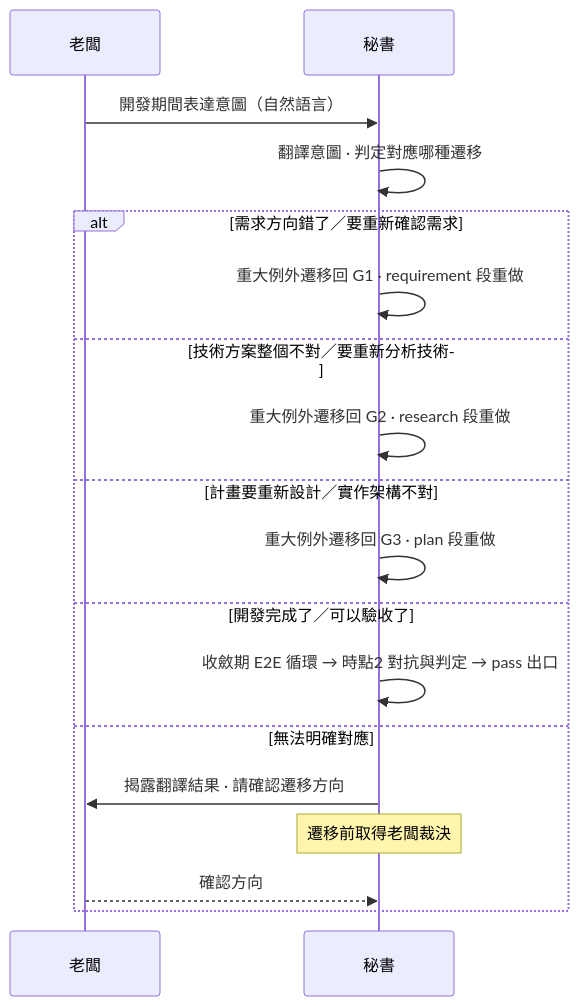
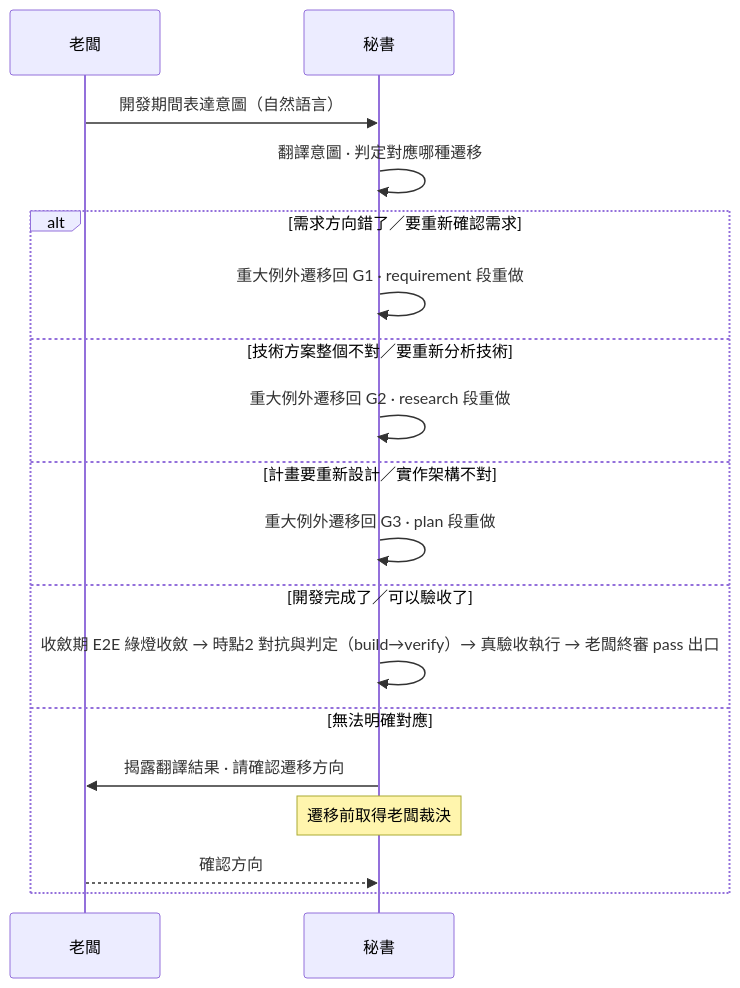
The second of 2 diagrams in skills/shiftblame/references/MECHANISMS.md (teps3105/shiftblame), drawn with Mermaid before and after one commit. The commit also changed other lines of this file and 28 other files, not shown here.

````diff
--- a/skills/shiftblame/references/MECHANISMS.md
+++ b/skills/shiftblame/references/MECHANISMS.md
@@ -50,22 +50,22 @@
 ```mermaid
 sequenceDiagram
      participant B as 老闆
      participant SEC as 秘書
 
      B->>SEC: 開發期間表達意圖（自然語言）
      SEC->>SEC: 翻譯意圖 · 判定對應哪種遷移
 
      alt 需求方向錯了／要重新確認需求
          SEC->>SEC: 重大例外遷移回 G1 · requirement 段重做
      else 技術方案整個不對／要重新分析技術
          SEC->>SEC: 重大例外遷移回 G2 · research 段重做
      else 計畫要重新設計／實作架構不對
          SEC->>SEC: 重大例外遷移回 G3 · plan 段重做
      else 開發完成了／可以驗收了
-         SEC->>SEC: 收斂期 E2E 循環 → 時點2 對抗與判定 → pass 出口
+         SEC->>SEC: 收斂期 E2E 綠燈收斂 → 時點2 對抗與判定（build→verify）→ 真驗收執行 → 老闆終審 pass 出口
      else 無法明確對應
          SEC->>B: 揭露翻譯結果 · 請確認遷移方向
          Note over SEC: 遷移前取得老闆裁決
          B-->>SEC: 確認方向
      end
 ```
````
